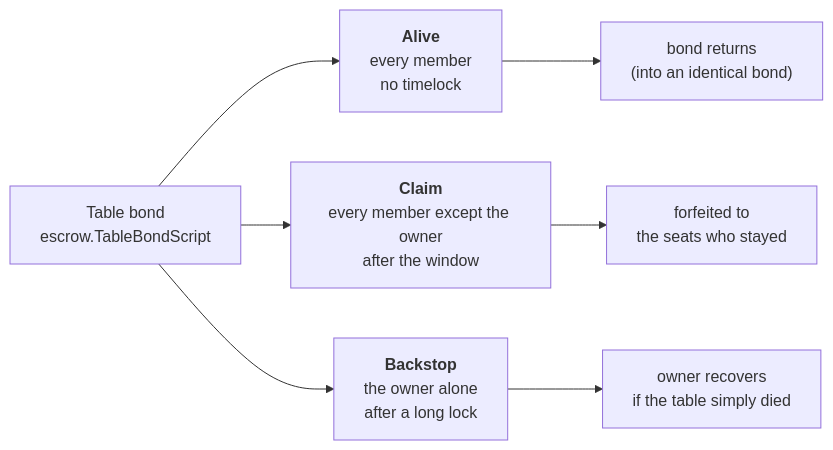
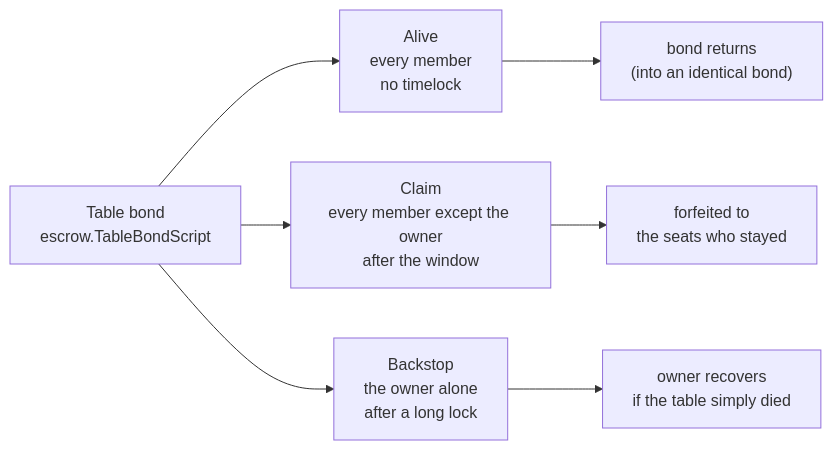
One commit to karamble/dcrpoker changed the second of 5 diagrams in docs/trust-model.md. Above: the diagram before and after it, drawn with Mermaid. The commit also changed other lines of this file and 3 other files, not shown here.

First line of the commit message:
Let the claim diagram render, and drop the em dashes

````diff
--- a/docs/trust-model.md
+++ b/docs/trust-model.md
@@ -127,11 +127,11 @@
 ```mermaid
 flowchart LR
     bond["Table bond<br/>escrow.TableBondScript"]
-    bond --> alive["<b>Alive</b><br/>every member<br/>no timelock"]
-    bond --> claim["<b>Claim</b><br/>every member except the owner<br/>after the window"]
-    bond --> backstop["<b>Backstop</b><br/>the owner alone<br/>after a long lock"]
+    bond --> alive["Alive<br/>every member<br/>no timelock"]
+    bond --> claim["Claim<br/>every member except the owner<br/>after the window"]
+    bond --> backstop["Backstop<br/>the owner alone<br/>after a long lock"]
 
     alive --> back["bond returns<br/>(into an identical bond)"]
     claim --> forfeit["forfeited to<br/>the seats who stayed"]
     backstop --> back2["owner recovers<br/>if the table simply died"]
 ```
````
